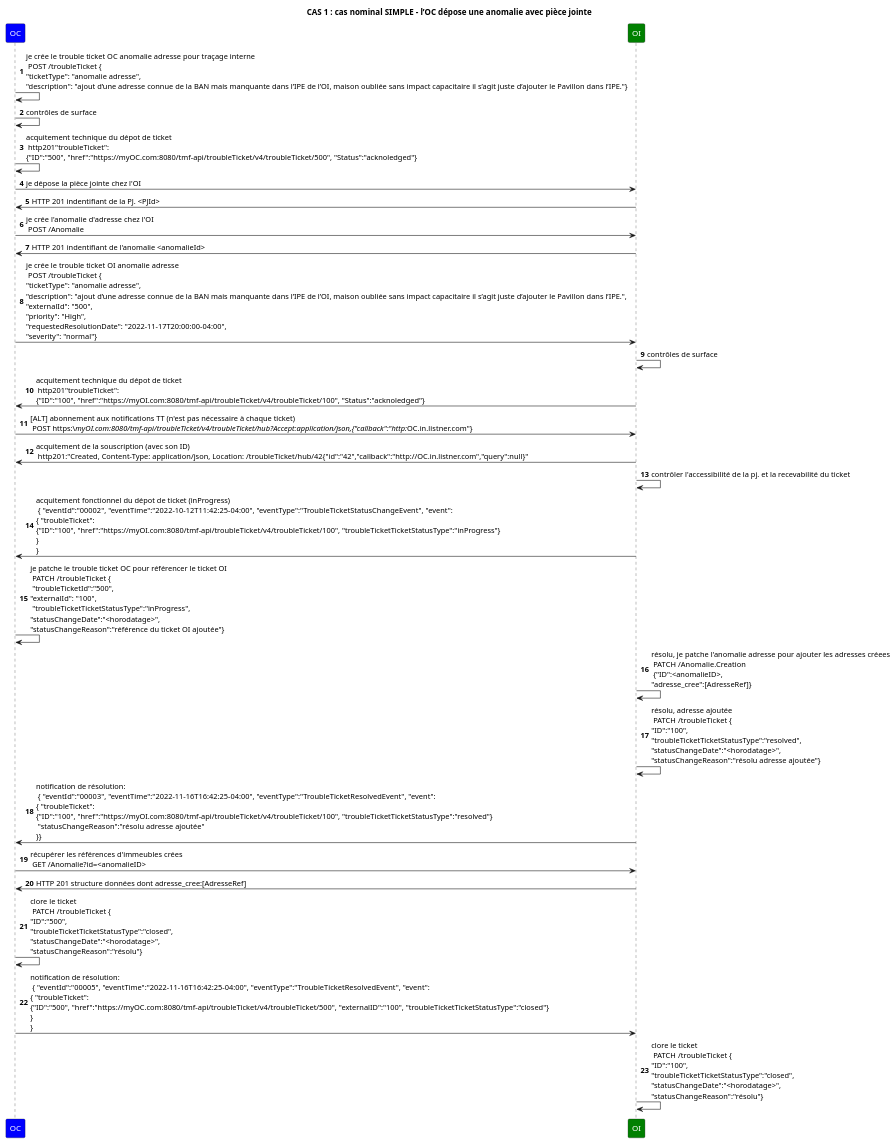
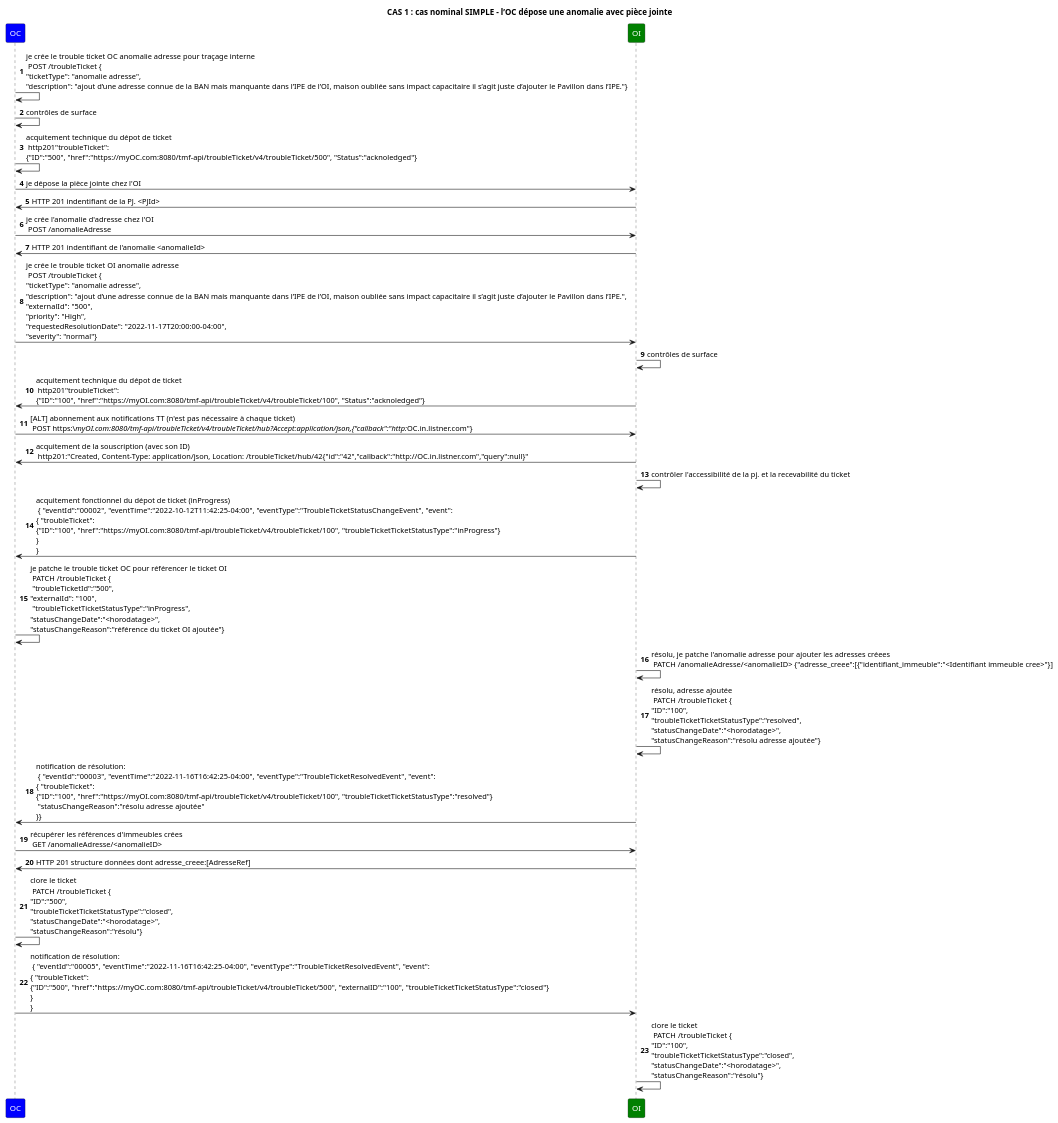
The diagram in UC1_nominal.puml (before-interop/anomalieAdresse), drawn with PlantUML before and after one commit.

```diff
--- a/UC1_nominal.puml
+++ b/UC1_nominal.puml
@@ -1,58 +1,58 @@
 @startuml
 
 skinparam ParticipantFontColor automatic
 
 title: CAS 1 : cas nominal SIMPLE - l’OC dépose une anomalie avec pièce jointe 
 
 autonumber
 
 participant OC #Blue
 participant OI #Green
 
 
 OC->OC: je crée le trouble ticket OC anomalie adresse pour traçage interne \n POST /troubleTicket {\n"ticketType": "anomalie adresse",\n"description": "ajout d’une adresse connue de la BAN mais manquante dans l’IPE de l’OI, maison oubliée sans impact capacitaire il s’agit juste d’ajouter le Pavillon dans l’IPE."}
 OC->OC: contrôles de surface
 OC->OC: acquitement technique du dépot de ticket \n http201"troubleTicket": \n{"ID":"500", "href":"https://myOC.com:8080/tmf-api/troubleTicket/v4/troubleTicket/500", "Status":"acknoledged"}
 
 OC->OI: je dépose la pièce jointe chez l'OI
 OI->OC: HTTP 201 indentifiant de la PJ. <PJId>
-OC->OI: je crée l'anomalie d'adresse chez l'OI \n POST /Anomalie
+OC->OI: je crée l'anomalie d'adresse chez l'OI \n POST /anomalieAdresse
 OI->OC: HTTP 201 indentifiant de l'anomalie <anomalieId>
 
 
 OC->OI: je crée le trouble ticket OI anomalie adresse \n POST /troubleTicket {\n"ticketType": "anomalie adresse",\n"description": "ajout d’une adresse connue de la BAN mais manquante dans l’IPE de l’OI, maison oubliée sans impact capacitaire il s’agit juste d’ajouter le Pavillon dans l’IPE.",\n"externalId": "500",\n"priority": "High",\n"requestedResolutionDate": "2022-11-17T20:00:00-04:00",\n"severity": "normal"}
 
 OI->OI: contrôles de surface
 
 OI->OC: acquitement technique du dépot de ticket \n http201"troubleTicket": \n{"ID":"100", "href":"https://myOI.com:8080/tmf-api/troubleTicket/v4/troubleTicket/100", "Status":"acknoledged"}
 
 
 OC->OI: [ALT] abonnement aux notifications TT (n'est pas nécessaire à chaque ticket) \n POST https:\//myOI.com:8080/tmf-api/troubleTicket/v4/troubleTicket/hub?Accept:application/json,{"callback":"http://OC.in.listner.com"}
 
 OI->OC: acquitement de la souscription (avec son ID) \n http201:"Created, Content-Type: application/json, Location: /troubleTicket/hub/42{"id":"42","callback":"http://OC.in.listner.com","query":null}"
 
 
 OI->OI: contrôler l'accessibilité de la pj. et la recevabilité du ticket
 
 OI->OC: acquitement fonctionnel du dépot de ticket (inProgress) \n { "eventId":"00002", "eventTime":"2022-10-12T11:42:25-04:00", "eventType":"TroubleTicketStatusChangeEvent", "event": \n{ "troubleTicket": \n{"ID":"100", "href":"https://myOI.com:8080/tmf-api/troubleTicket/v4/troubleTicket/100", "troubleTicketTicketStatusType":"inProgress"}\n} \n}
 
 OC->OC: je patche le trouble ticket OC pour référencer le ticket OI \n PATCH /troubleTicket {\n "troubleTicketId":"500",\n"externalId": "100",\n "troubleTicketTicketStatusType":"inProgress",\n"statusChangeDate":"<horodatage>",\n"statusChangeReason":"référence du ticket OI ajoutée"}
 
-OI->OI:résolu, je patche l'anomalie adresse pour ajouter les adresses créees \n PATCH /Anomalie.Creation \n {"ID":<anomalieID>, \n"adresse_cree":[AdresseRef]}
+OI->OI:résolu, je patche l'anomalie adresse pour ajouter les adresses créees \n PATCH /anomalieAdresse/<anomalieID> {"adresse_creee":[{"identifiant_immeuble":"<Identifiant immeuble cree>"}]
 OI->OI: résolu, adresse ajoutée \n PATCH /troubleTicket {\n"ID":"100",\n"troubleTicketTicketStatusType":"resolved",\n"statusChangeDate":"<horodatage>",\n"statusChangeReason":"résolu adresse ajoutée"}
 
 OI->OC: notification de résolution: \n { "eventId":"00003", "eventTime":"2022-11-16T16:42:25-04:00", "eventType":"TroubleTicketResolvedEvent", "event": \n{ "troubleTicket": \n{"ID":"100", "href":"https://myOI.com:8080/tmf-api/troubleTicket/v4/troubleTicket/100", "troubleTicketTicketStatusType":"resolved"}\n "statusChangeReason":"résolu adresse ajoutée"\n}}
 
-OC->OI: récupérer les références d'immeubles crées \n GET /Anomalie?id=<anomalieID>
-OI->OC: HTTP 201 structure données dont adresse_cree:[AdresseRef]
+OC->OI: récupérer les références d'immeubles crées \n GET /anomalieAdresse/<anomalieID>
+OI->OC: HTTP 201 structure données dont adresse_creee:[AdresseRef]
 
 OC->OC: clore le ticket \n PATCH /troubleTicket {\n"ID":"500",\n"troubleTicketTicketStatusType":"closed",\n"statusChangeDate":"<horodatage>",\n"statusChangeReason":"résolu"}
 
 OC->OI: notification de résolution: \n { "eventId":"00005", "eventTime":"2022-11-16T16:42:25-04:00", "eventType":"TroubleTicketResolvedEvent", "event": \n{ "troubleTicket": \n{"ID":"500", "href":"https://myOC.com:8080/tmf-api/troubleTicket/v4/troubleTicket/500", "externalID":"100", "troubleTicketTicketStatusType":"closed"}\n} \n}
 
 
 
 OI->OI: clore le ticket \n PATCH /troubleTicket {\n"ID":"100",\n"troubleTicketTicketStatusType":"closed",\n"statusChangeDate":"<horodatage>",\n"statusChangeReason":"résolu"}
 
 
 @enduml
```
